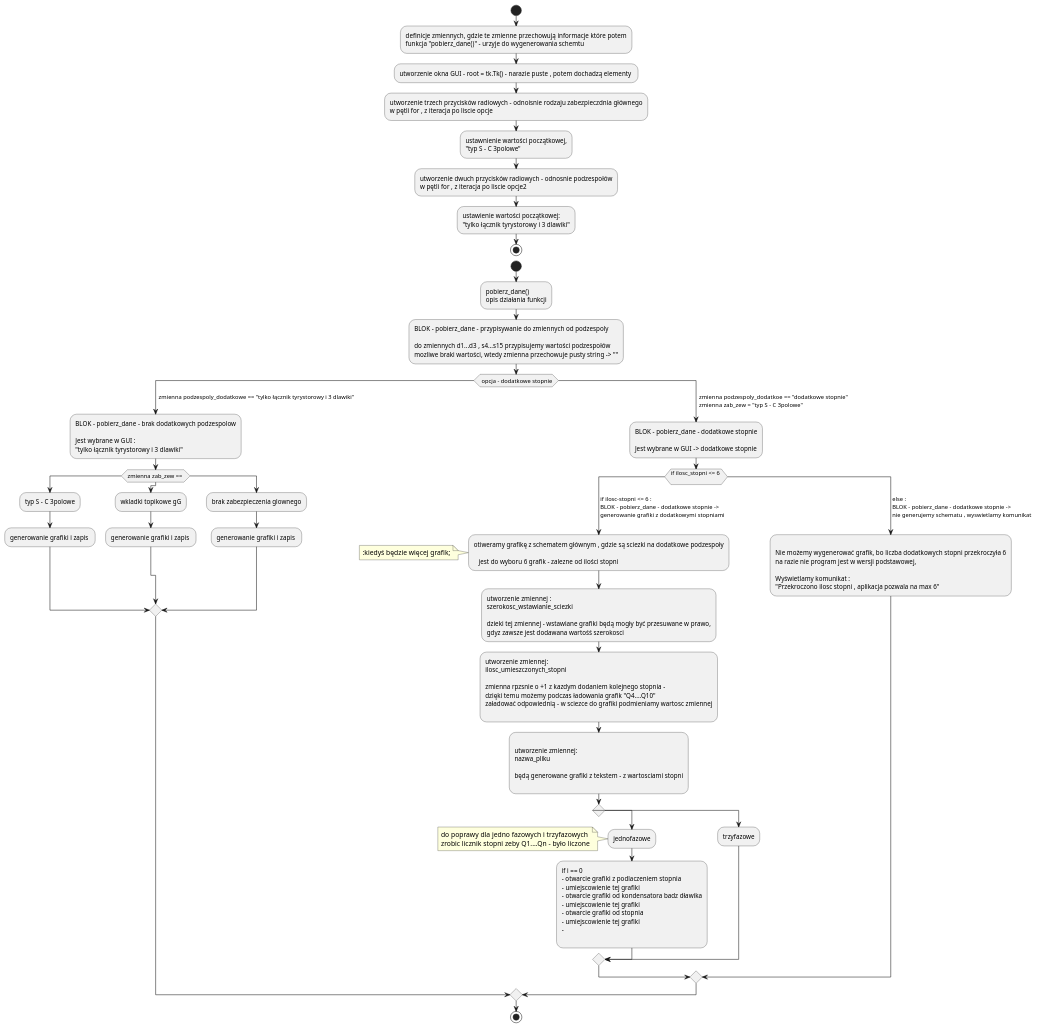
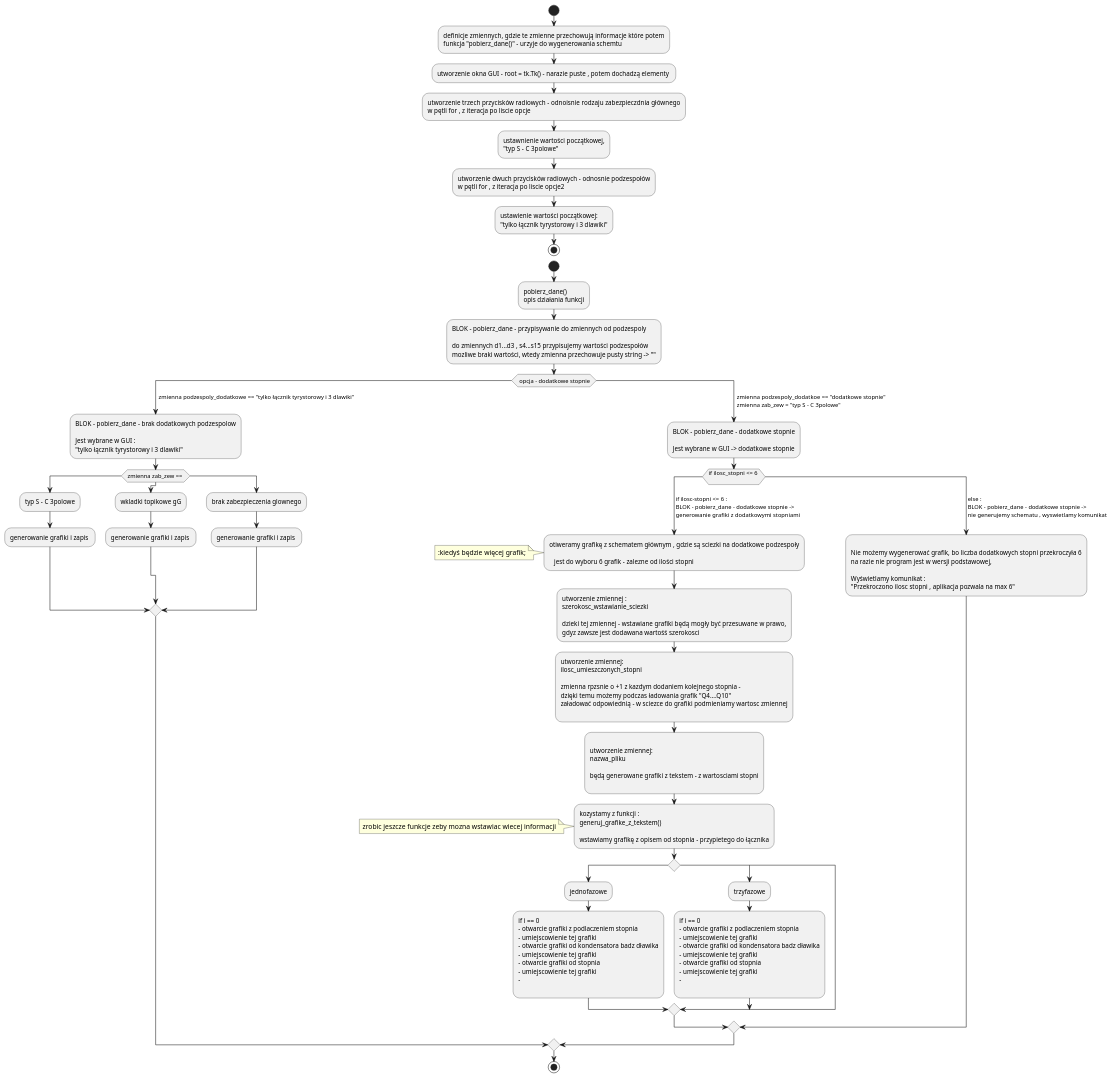
The diagram in generator_schematow_SVC/dzialanie_od_kodu.puml (Froniu7/Projekt-dla-Marka-), drawn with PlantUML before and after one commit. The commit also changed 5 other files, not shown here.

```diff
--- a/generator_schematow_SVC/dzialanie_od_kodu.puml
+++ b/generator_schematow_SVC/dzialanie_od_kodu.puml
@@ -1,107 +1,121 @@
 @startuml
 
 start
 :definicje zmiennych, gdzie te zmienne przechowują informacje które potem
 funkcja "pobierz_dane()" - urzyje do wygenerowania schemtu;
 :utworzenie okna GUI - root = tk.Tk() - narazie puste , potem dochadzą elementy ;
 :utworzenie trzech przycisków radiowych - odnoisnie rodzaju zabezpieczdnia głównego
 w pętli for , z iteracja po liscie opcje;
 :ustawnienie wartości początkowej,
 "typ S - C 3polowe";
 :utworzenie dwuch przycisków radiowych - odnosnie podzespołów
 w pętli for , z iteracja po liscie opcje2;
 :ustawienie wartości początkowej:
 "tylko łącznik tyrystorowy i 3 dlawiki";
 stop
 
 
 start
 :pobierz_dane()
 opis działania funkcji;
 :BLOK - pobierz_dane - przypisywanie do zmiennych od podzespoly
 
 do zmiennych d1...d3 , s4...s15 przypisujemy wartości podzespołów
 mozliwe braki wartości, wtedy zmienna przechowuje pusty string -> "";
 switch( opcja - dodatkowe stopnie)
 case(  zmienna podzespoly_dodatkowe == "tylko łącznik tyrystorowy i 3 dlawiki")
 :BLOK - pobierz_dane - brak dodatkowych podzespolow
 
 Jest wybrane w GUI :
 "tylko łącznik tyrystorowy i 3 dlawiki";
 switch(zmienna zab_zew == )
 case()
 :typ S - C 3polowe;
 :generowanie grafiki i zapis ;
 case()
 :wkladki topikowe gG;
 :generowanie grafiki i zapis ;
 case()
 :brak zabezpieczenia glownego;
 :generowanie grafiki i zapis ;
 endswitch
 case(  zmienna podzespoly_dodatkoe == "dodatkowe stopnie"\n  zmienna zab_zew = "typ S - C 3polowe")
 :BLOK - pobierz_dane - dodatkowe stopnie
 
 Jest wybrane w GUI -> dodatkowe stopnie;
     switch(if ilosc_stopni <= 6 \n )
         case( if ilosc-stopni <= 6 : \n BLOK - pobierz_dane - dodatkowe stopnie -> \n generowanie grafiki z dodatkowymi stopniami )
 
             :otiweramy grafikę z schematem głównym , gdzie są sciezki na dodatkowe podzespoły
 
                jest do wyboru 6 grafik - zalezne od ilości stopni;
                note left
                 :kiedyś będzie więcej grafik;
                 endnote
             :utworzenie zmiennej :
             szerokosc_wstawianie_sciezki
 
             dzieki tej zmiennej - wstawiane grafiki będą mogły być przesuwane w prawo,
             gdyz zawsze jest dodawana wartośś szerokosci;
             :utworzenie zmiennej:
             ilosc_umieszczonych_stopni
 
             zmienna rpzsnie o +1 z kazdym dodaniem kolejnego stopnia -
             dzięki temu możemy podczas ładowania grafik "Q4....Q10"
             załadować odpowiednią - w sciezce do grafiki podmieniamy wartosc zmiennej
             ;
             :
             utworzenie zmiennej:
             nazwa_pliku
 
             będą generowane grafiki z tekstem - z wartosciami stopni
             ;
+            :kozystamy z funkcji :
+            generuj_grafike_z_tekstem()
+
+            wstawiamy grafikę z opisem od stopnia - przypietego do łącznika;
+            note left
+                        zrobic jeszcze funkcje zeby mozna wstawiac wiecej informacji
+            endnote
                 switch()
                     case()
                         :jednofazowe;
-                        note left
-                        do poprawy dla jedno fazowych i trzyfazowych
-                        zrobic licznik stopni zeby Q1....Qn - było liczone
-                        endnote
                         :if i == 0
                         - otwarcie grafiki z podlaczeniem stopnia
                         - umiejscowienie tej grafiki
                         - otwarcie grafiki od kondensatora badz dławika
                         - umiejscowienie tej grafiki
                         - otwarcie grafiki od stopnia
                         - umiejscowienie tej grafiki
                         -
                         ;
                     case()
                         :trzyfazowe;
+                        :if i == 0
+                        - otwarcie grafiki z podlaczeniem stopnia
+                        - umiejscowienie tej grafiki
+                        - otwarcie grafiki od kondensatora badz dławika
+                        - umiejscowienie tej grafiki
+                        - otwarcie grafiki od stopnia
+                        - umiejscowienie tej grafiki
+                        -
+                        ;
+                    case()
                 endswitch
+
         case( else : \n BLOK - pobierz_dane - dodatkowe stopnie -> \n nie generujemy schematu , wyswietlamy komunikat )
             :
             Nie możemy wygenerować grafik, bo liczba dodatkowych stopni przekroczyła 6
             na razie nie program jest w wersji podstawowej,
 
             Wyświetlamy komunikat :
             "Przekroczono ilosc stopni , aplikacja pozwala na max 6";
 
 
 endswitch
 
 
 endswitch
 stop
 
 @enduml
```
